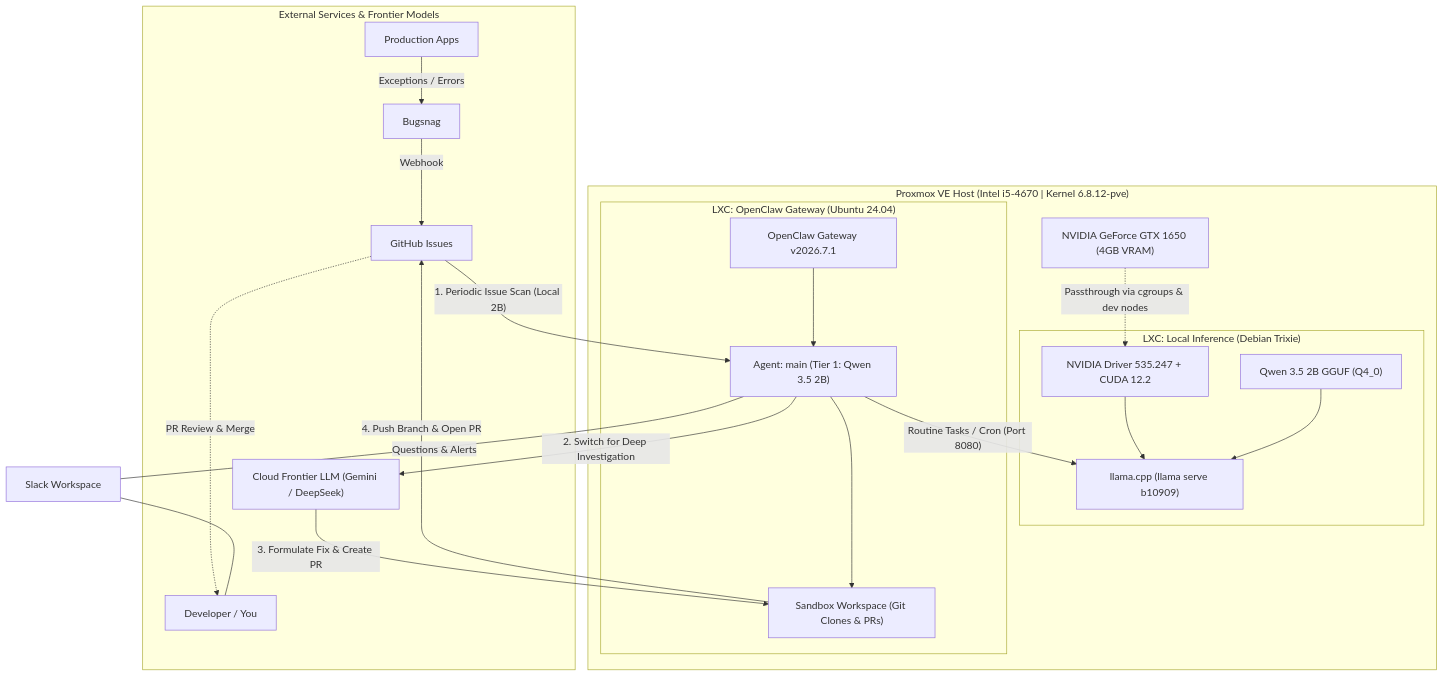
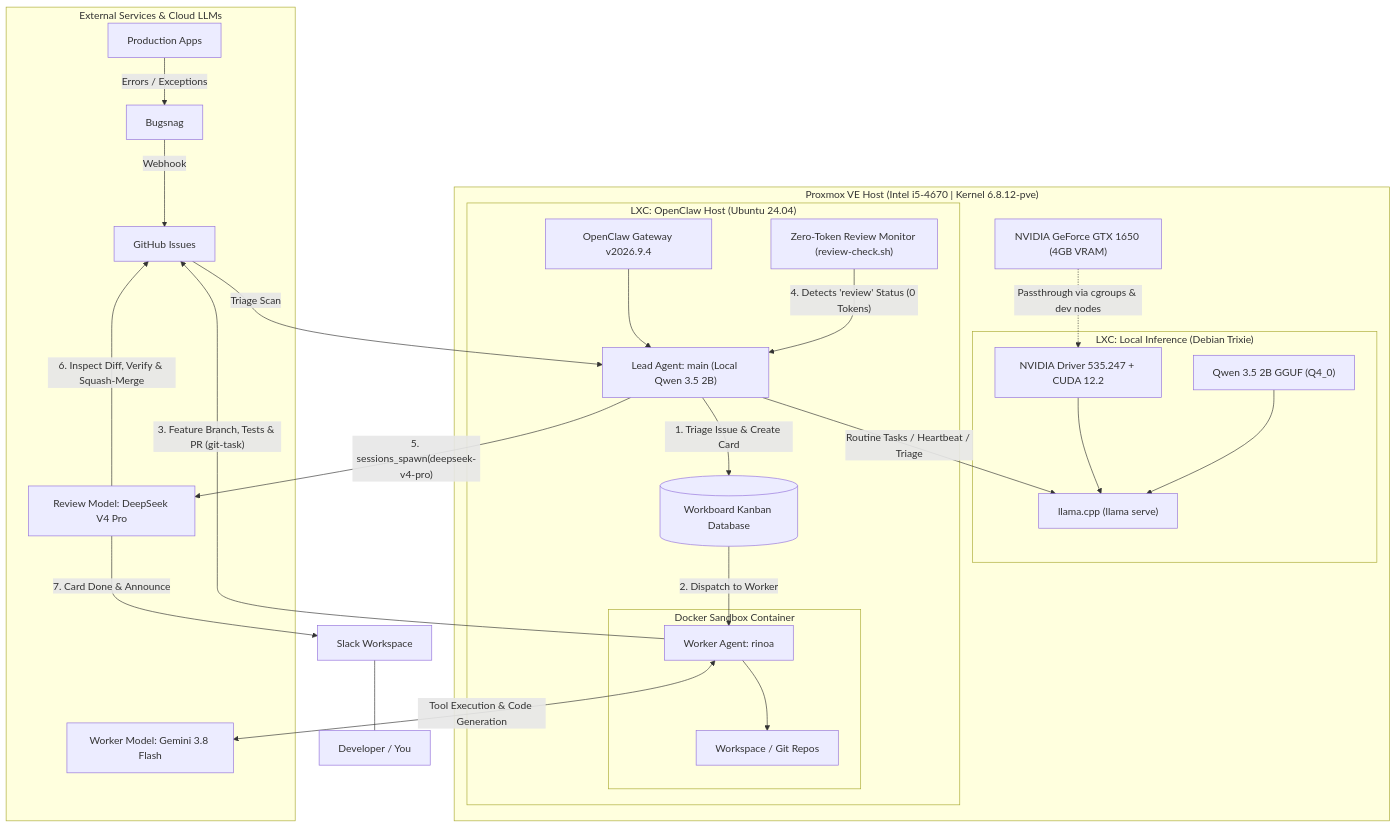
Before and after one commit to allensandiego/page: the diagram in _posts/2026-09-12-self-hosting-openclaw-agent-proxmox-lxc-gtx-1650-llama-cpp-qwen.md, drawn with Mermaid. The commit also changed other lines of this file, not shown here.

Commit message:
docs(blog): document multi-agent workboard, git-task workflow, and zero-token code review

````diff
--- a/_posts/2026-09-12-self-hosting-openclaw-agent-proxmox-lxc-gtx-1650-llama-cpp-qwen.md
+++ b/_posts/2026-09-12-self-hosting-openclaw-agent-proxmox-lxc-gtx-1650-llama-cpp-qwen.md
@@ -49,39 +50,50 @@
 ```mermaid
 flowchart TD
-    subgraph Cloud["External Services & Frontier Models"]
-        APPS["Production Apps"] -->|"Exceptions / Errors"| BUGSNAG["Bugsnag"]
+    subgraph Cloud["External Services & Cloud LLMs"]
+        APPS["Production Apps"] -->|"Errors / Exceptions"| BUGSNAG["Bugsnag"]
         BUGSNAG -->|"Webhook"| GH["GitHub Issues"]
-        CLOUD_LLM["Cloud Frontier LLM (Gemini / DeepSeek)"]
-        GH -.->|"PR Review & Merge"| USER["Developer / You"]
+        GEMINI["Worker Model: Gemini 3.8 Flash"]
+        DEEPSEEK["Review Model: DeepSeek V4 Pro"]
     end
 
     subgraph Host["Proxmox VE Host (Intel i5-4670 | Kernel 6.8.12-pve)"]
         GPU["NVIDIA GeForce GTX 1650 (4GB VRAM)"]
 
         subgraph LXC_INFERENCE["LXC: Local Inference (Debian Trixie)"]
             NV["NVIDIA Driver 535.247 + CUDA 12.2"]
-            LLAMA["llama.cpp (llama serve b10909)"]
+            LLAMA["llama.cpp (llama serve)"]
             MODEL["Qwen 3.5 2B GGUF (Q4_0)"]
             NV --> LLAMA
             MODEL --> LLAMA
         end
 
-        subgraph LXC_CLAW["LXC: OpenClaw Gateway (Ubuntu 24.04)"]
-            GATEWAY["OpenClaw Gateway v2026.7.1"]
-            AGENT["Agent: main (Tier 1: Qwen 3.5 2B)"]
-            WORKSPACE["Sandbox Workspace (Git Clones & PRs)"]
-            GATEWAY --> AGENT
-            AGENT --> WORKSPACE
+        subgraph LXC_CLAW["LXC: OpenClaw Host (Ubuntu 24.04)"]
+            GATEWAY["OpenClaw Gateway v2026.9.4"]
+            MAIN_AGENT["Lead Agent: main (Local Qwen 3.5 2B)"]
+            WORKBOARD[("Workboard Kanban Database")]
+            MONITOR["Zero-Token Review Monitor (review-check.sh)"]
+
+            subgraph DOCKER_SANDBOX["Docker Sandbox Container"]
+                RINOA["Worker Agent: rinoa"]
+                WORKSPACE["Workspace / Git Repos"]
+                RINOA --> WORKSPACE
+            end
+
+            GATEWAY --> MAIN_AGENT
+            MAIN_AGENT -->|"1. Triage Issue & Create Card"| WORKBOARD
+            WORKBOARD -->|"2. Dispatch to Worker"| RINOA
+            MONITOR -->|"4. Detects 'review' Status (0 Tokens)"| MAIN_AGENT
         end
 
         GPU -.->|"Passthrough via cgroups & dev nodes"| NV
-        AGENT -->|"Routine Tasks / Cron (Port 8080)"| LLAMA
+        MAIN_AGENT -->|"Routine Tasks / Heartbeat / Triage"| LLAMA
     end
 
-    GH -->|"1. Periodic Issue Scan (Local 2B)"| AGENT
-    AGENT -->|"2. Switch for Deep Investigation"| CLOUD_LLM
-    CLOUD_LLM -->|"3. Formulate Fix & Create PR"| WORKSPACE
-    WORKSPACE -->|"4. Push Branch & Open PR"| GH
-    AGENT ---|"Questions & Alerts"| SLACK["Slack Workspace"]
-    SLACK --- USER
+    GH -->|"Triage Scan"| MAIN_AGENT
+    RINOA <-->|"Tool Execution & Code Generation"| GEMINI
+    RINOA -->|"3. Feature Branch, Tests & PR (git-task)"| GH
+    MAIN_AGENT -->|"5. sessions_spawn(deepseek-v4-pro)"| DEEPSEEK
+    DEEPSEEK -->|"6. Inspect Diff, Verify & Squash-Merge"| GH
+    DEEPSEEK -->|"7. Card Done & Announce"| SLACK["Slack Workspace"]
+    SLACK --- USER["Developer / You"]
 ```
````
